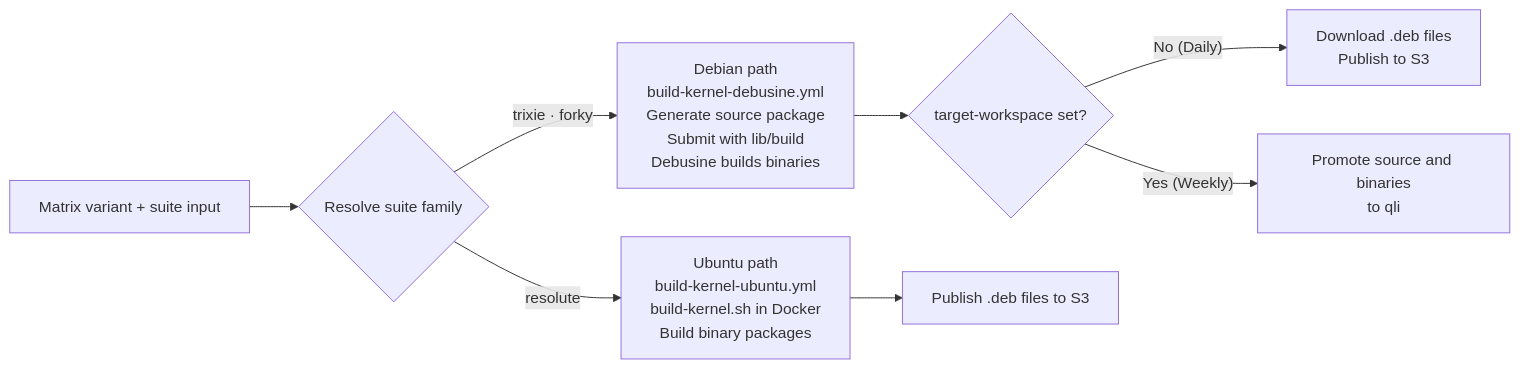
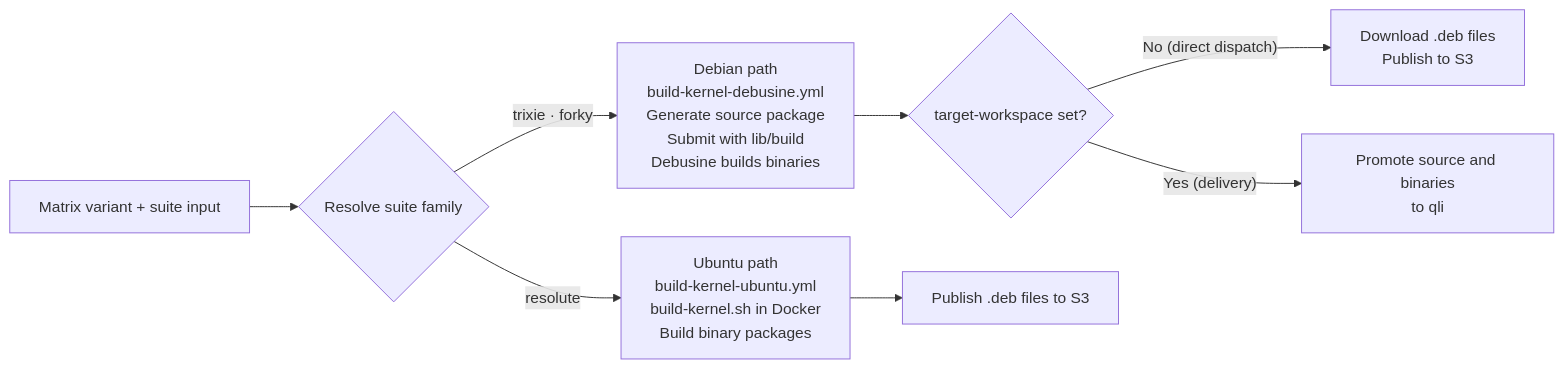
The first of 6 diagrams in README.md (qualcomm-linux/pkg-linux-qcom), drawn with Mermaid before and after one commit. The commit also changed other lines of this file and 7 other files, not shown here.

````diff
--- a/README.md
+++ b/README.md
@@ -272,12 +227,12 @@
 ```mermaid
 flowchart LR
     IN["Matrix variant + suite input"] --> R{"Resolve suite family"}
 
     R -->|"trixie · forky"| DEB["Debian path\nbuild-kernel-debusine.yml\nGenerate source package\nSubmit with lib/build\nDebusine builds binaries"]
     R -->|"resolute"| UBU["Ubuntu path\nbuild-kernel-ubuntu.yml\nbuild-kernel.sh in Docker\nBuild binary packages"]
 
     DEB --> DOUT{"target-workspace set?"}
-    DOUT -->|"No (Daily)"| S3["Download .deb files\nPublish to S3"]
-    DOUT -->|"Yes (Weekly)"| QLI["Promote source and binaries\nto qli"]
+    DOUT -->|"No (direct dispatch)"| S3["Download .deb files\nPublish to S3"]
+    DOUT -->|"Yes (delivery)"| QLI["Promote source and binaries\nto qli"]
     UBU --> US3["Publish .deb files to S3"]
 ```
````
